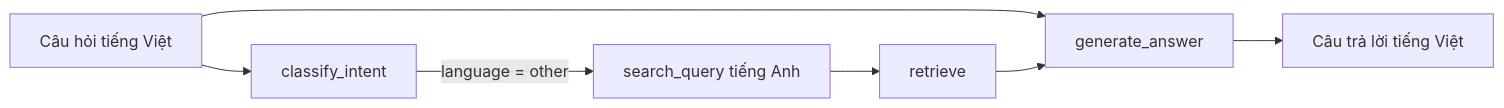
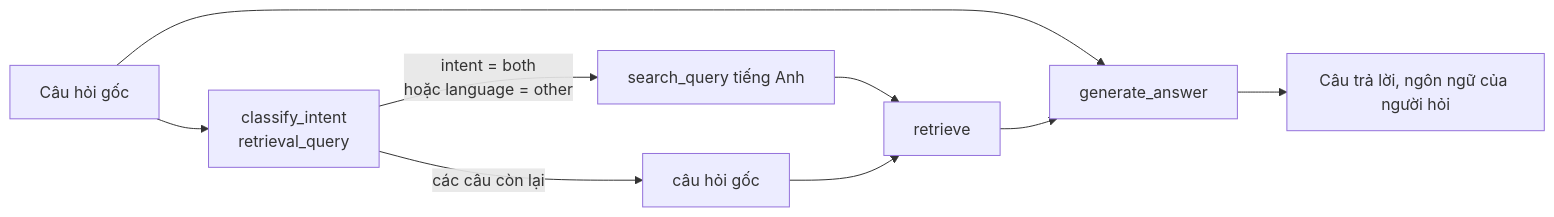
Before and after one commit to thanhpt-25/LangChain: the sixth of 9 diagrams in docs/ARCHITECTURE.md, drawn with Mermaid. The commit also changed other lines of this file and 1 other file, not shown here.

Commit message:
docs: describe the both-intent retrieval query and its measured effect

````diff
--- a/docs/ARCHITECTURE.md
+++ b/docs/ARCHITECTURE.md
@@ -258,9 +272,11 @@
 ```mermaid
 flowchart LR
-    Q["Câu hỏi tiếng Việt"] --> C["classify_intent"]
-    C -->|"language = other"| SQ["search_query tiếng Anh"]
+    Q["Câu hỏi gốc"] --> C["classify_intent<br/>retrieval_query"]
+    C -->|"intent = both<br/>hoặc language = other"| SQ["search_query tiếng Anh"]
+    C -->|"các câu còn lại"| OQ["câu hỏi gốc"]
     SQ --> R["retrieve"]
+    OQ --> R
     Q --> G["generate_answer"]
     R --> G
-    G --> A["Câu trả lời tiếng Việt"]
+    G --> A["Câu trả lời, ngôn ngữ của người hỏi"]
 ```
````
